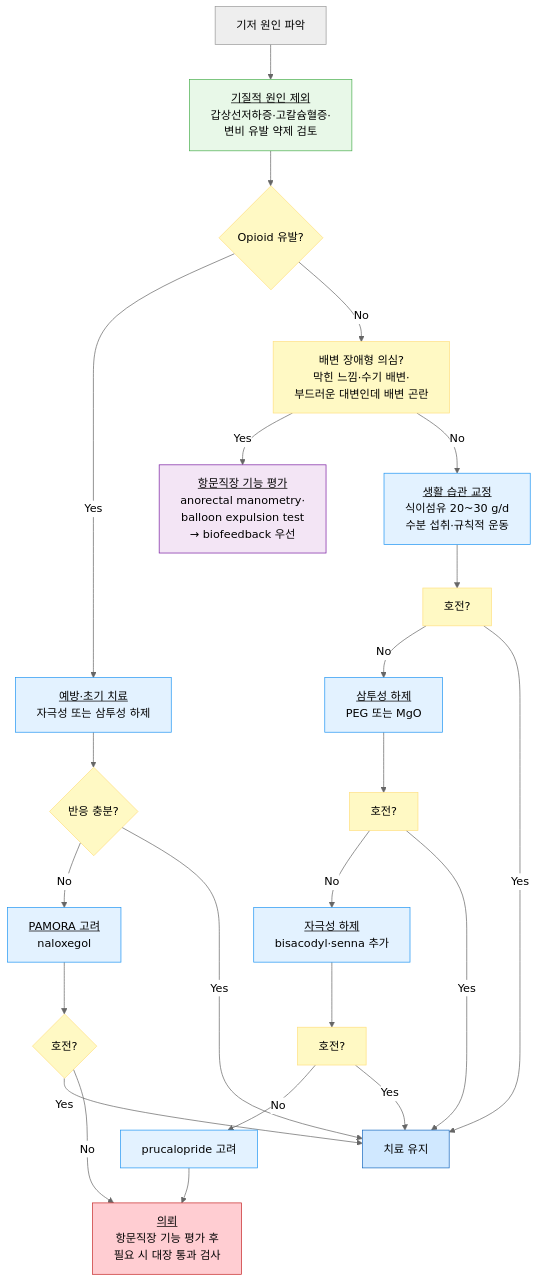
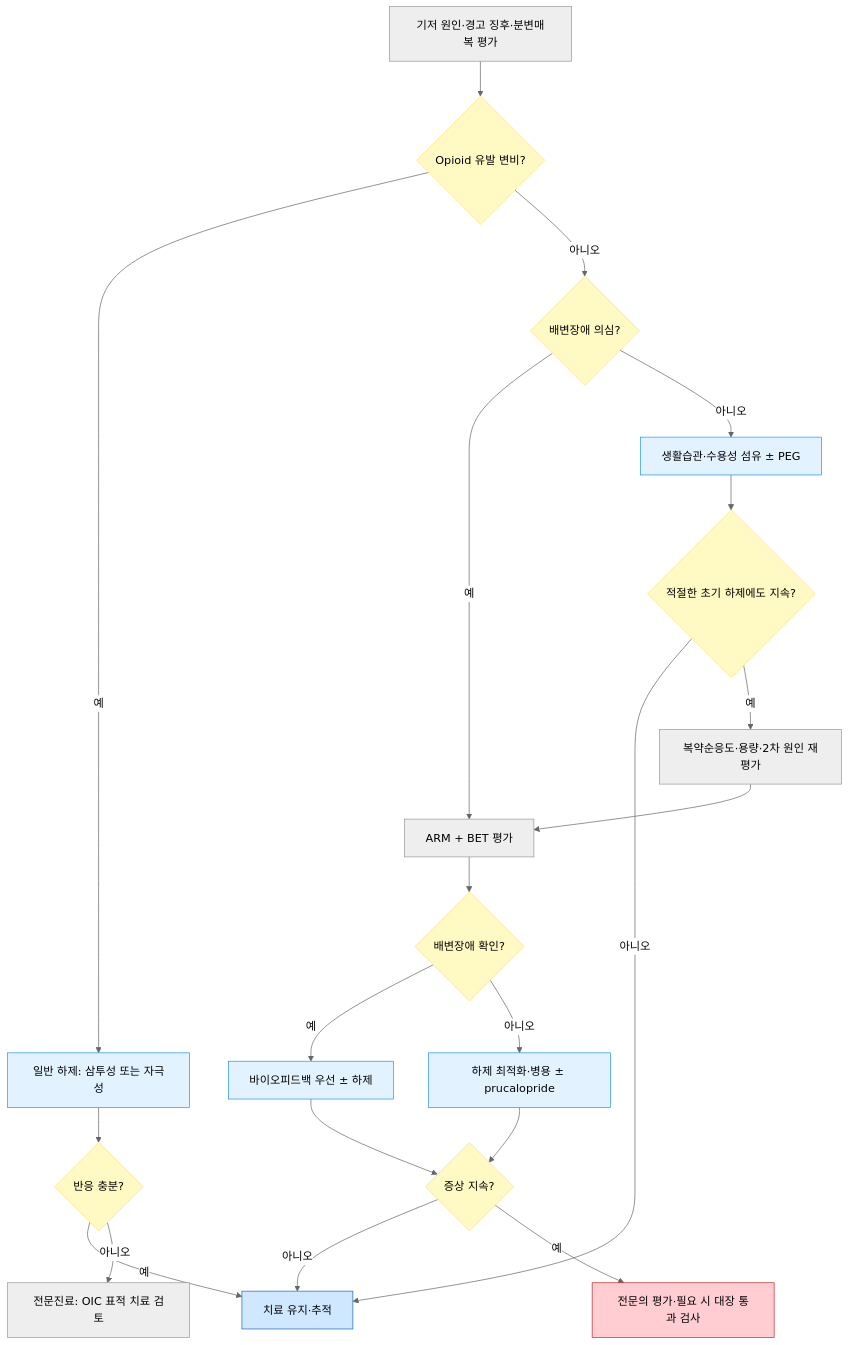
The diagram in 224_/082_-constipation.md (familyoh77/familyoh77), drawn with Mermaid (neutral theme) before and after one commit. The commit also changed other lines of this file and 13 other files, not shown here.

````diff
--- a/224_/082_-constipation.md
+++ b/224_/082_-constipation.md
@@ -113,34 +113,28 @@
 ```mermaid
 graph TD
-    B[기저 원인 파악]
-    B --> C[<u>기질적 원인 제외</u><br/>갑상선저하증·고칼슘혈증·<br/>변비 유발 약제 검토]
-    C --> OIC{Opioid 유발?}
-    OIC -->|Yes| OL[<u>예방·초기 치료</u><br/>자극성 또는 삼투성 하제]
-    OL --> OR{반응 충분?}
-    OR -->|No| PAM[<u>PAMORA 고려</u><br/>naloxegol]
-    OR -->|Yes| Z[치료 유지]
-    PAM --> PR{호전?}
-    PR -->|Yes| Z
-    PR -->|No| M
-    OIC -->|No| DYS[배변 장애형 의심?<br/>막힌 느낌·수기 배변·<br/>부드러운 대변인데 배변 곤란]
-    DYS -->|Yes| BF[<u>항문직장 기능 평가</u><br/>anorectal manometry·<br/>balloon expulsion test<br/>→ biofeedback 우선]
-    DYS -->|No| D[<u>생활 습관 교정</u><br/>식이섬유 20~30 g/d<br/>수분 섭취·규칙적 운동]
-    D --> E[호전?]
-    E -->|No| F[<u>삼투성 하제</u><br/>PEG 또는 MgO]
-    E -->|Yes| Z
-    F --> G[호전?]
-    G -->|No| H[<u>자극성 하제</u><br/>bisacodyl·senna 추가]
-    G -->|Yes| Z
-    H --> I[호전?]
-    I -->|No| J[prucalopride 고려]
-    I -->|Yes| Z
-    J --> M[<u>의뢰</u><br/>항문직장 기능 평가 후<br/>필요 시 대장 통과 검사]
+    A["기저 원인·경고 징후·분변매복 평가"] --> B{"Opioid 유발 변비?"}
+    B -->|예| C["일반 하제: 삼투성 또는 자극성"]
+    C --> D{"반응 충분?"}
+    D -->|예| Z["치료 유지·추적"]
+    D -->|아니오| E["전문진료: OIC 표적 치료 검토"]
+    B -->|아니오| F{"배변장애 의심?"}
+    F -->|예| G["ARM + BET 평가"]
+    F -->|아니오| H["생활습관·수용성 섬유 ± PEG"]
+    H --> I{"적절한 초기 하제에도 지속?"}
+    I -->|아니오| Z
+    I -->|예| J["복약순응도·용량·2차 원인 재평가"]
+    J --> G
+    G --> K{"배변장애 확인?"}
+    K -->|예| L["바이오피드백 우선 ± 하제"]
+    K -->|아니오| M["하제 최적화·병용 ± prucalopride"]
+    L --> N{"증상 지속?"}
+    M --> N
+    N -->|아니오| Z
+    N -->|예| O["전문의 평가·필요 시 대장 통과 검사"]
 classDef yellow fill:#fff9c4,stroke:#ffe082
-class E,G,I,OIC,OR,PR,DYS yellow
+class B,D,F,I,K,N yellow
 classDef sky fill:#e3f2ff,stroke:#2196f3
-class D,F,H,J,OL,PAM sky
-    style C fill:#e8f8e8,stroke:#4caf50
-    style BF fill:#f3e5f5,stroke:#7b1fa2
+class C,H,L,M sky
     style Z fill:#d0e8ff,stroke:#1a6abf
-    style M fill:#ffcdd2,stroke:#c62828
+    style O fill:#ffcdd2,stroke:#c62828
 ```
````
